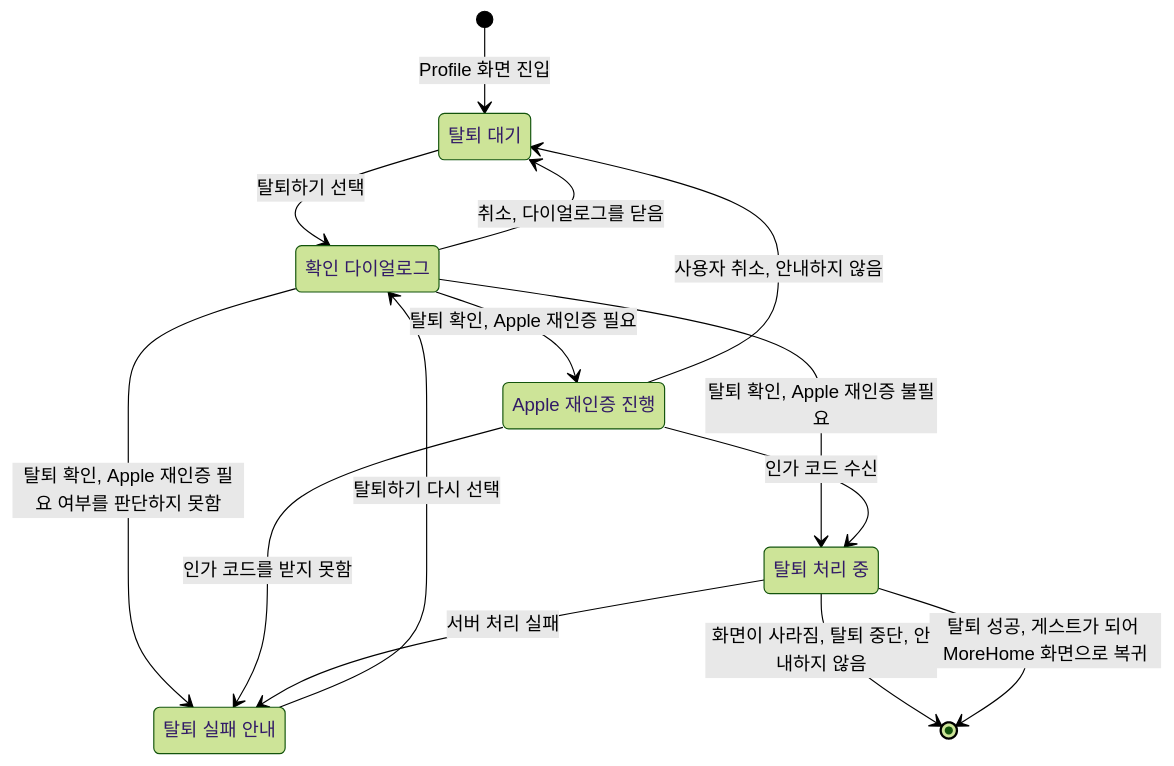
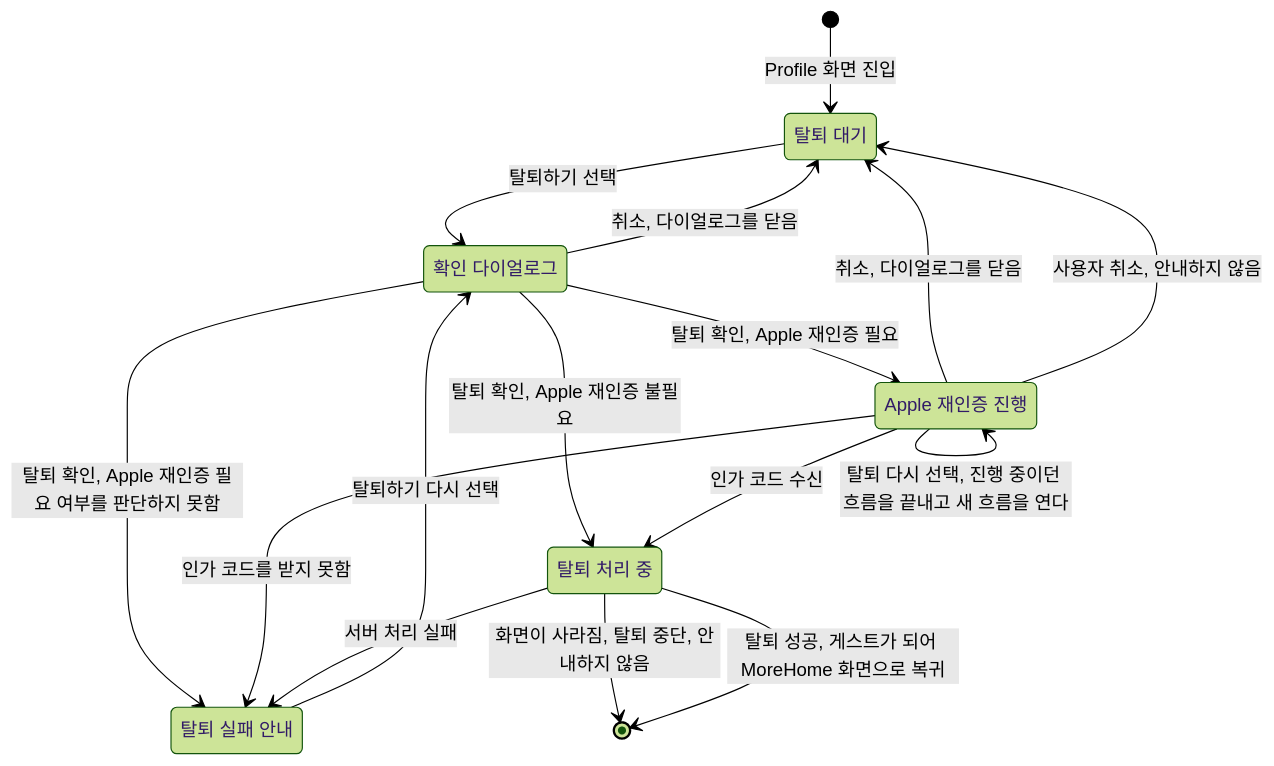
The first of 2 diagrams in docs/spec/client/account-deletion.md (taetae98coding/DiaryKMP), drawn with Mermaid (forest theme) before and after one commit. The commit also changed other lines of this file and 109 other files, not shown here.

````diff
--- a/docs/spec/client/account-deletion.md
+++ b/docs/spec/client/account-deletion.md
@@ -11,21 +11,23 @@
 ```mermaid
 stateDiagram-v2
     Idle: 탈퇴 대기
     Confirm: 확인 다이얼로그
     Apple: Apple 재인증 진행
     Processing: 탈퇴 처리 중
     Failed: 탈퇴 실패 안내
     [*] --> Idle: Profile 화면 진입
     Idle --> Confirm: 탈퇴하기 선택
     Confirm --> Idle: 취소, 다이얼로그를 닫음
     Confirm --> Apple: 탈퇴 확인, Apple 재인증 필요
     Confirm --> Processing: 탈퇴 확인, Apple 재인증 불필요
     Confirm --> Failed: 탈퇴 확인, Apple 재인증 필요 여부를 판단하지 못함
     Apple --> Processing: 인가 코드 수신
+    Apple --> Apple: 탈퇴 다시 선택, 진행 중이던 흐름을 끝내고 새 흐름을 연다
+    Apple --> Idle: 취소, 다이얼로그를 닫음
     Apple --> Idle: 사용자 취소, 안내하지 않음
     Apple --> Failed: 인가 코드를 받지 못함
     Processing --> Failed: 서버 처리 실패
     Processing --> [*]: 화면이 사라짐, 탈퇴 중단, 안내하지 않음
     Processing --> [*]: 탈퇴 성공, 게스트가 되어 MoreHome 화면으로 복귀
     Failed --> Confirm: 탈퇴하기 다시 선택
 ```
````
